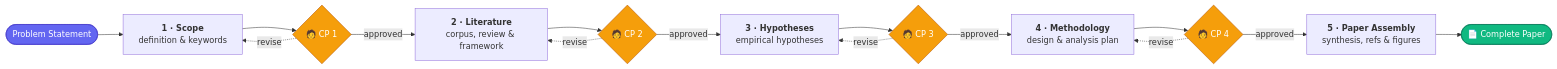
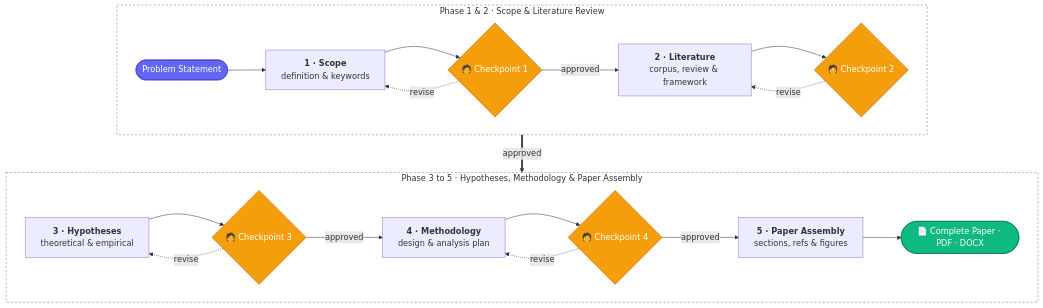
The third of 4 diagrams in README.md (Aryan-Pardeshi/DeepResearch_AI), drawn with Mermaid before and after one commit.

Commit message:
docs: restructure Research Mode diagram into a balanced 2-layer layout

````diff
--- a/README.md
+++ b/README.md
@@ -110,24 +110,34 @@
 ```mermaid
-flowchart LR
-    START(["Problem Statement"]) --> SCOPE["<b>1 · Scope</b><br/>definition & keywords"]
-    SCOPE --> CP1{"🧑 CP 1"}
-    CP1 -.->|"revise"| SCOPE
-    CP1 -->|"approved"| CORPUS["<b>2 · Literature</b><br/>corpus, review & framework"]
-    CORPUS --> CP2{"🧑 CP 2"}
-    CP2 -.->|"revise"| CORPUS
-    CP2 -->|"approved"| HYP["<b>3 · Hypotheses</b><br/>empirical hypotheses"]
-    HYP --> CP3{"🧑 CP 3"}
-    CP3 -.->|"revise"| HYP
-    CP3 -->|"approved"| METH["<b>4 · Methodology</b><br/>design & analysis plan"]
-    METH --> CP4{"🧑 CP 4"}
-    CP4 -.->|"revise"| METH
-    CP4 -->|"approved"| WRITE["<b>5 · Paper Assembly</b><br/>synthesis, refs & figures"]
-    WRITE --> DONE(["📄 Complete Paper"])
+flowchart TB
+    subgraph L1 ["Phase 1 & 2 · Scope & Literature Review"]
+        direction LR
+        START(["Problem Statement"]) --> SCOPE["<b>1 · Scope</b><br/>definition & keywords"]
+        SCOPE --> CP1{"🧑 Checkpoint 1"}
+        CP1 -.->|"revise"| SCOPE
+        CP1 -->|"approved"| CORPUS["<b>2 · Literature</b><br/>corpus, review & framework"]
+        CORPUS --> CP2{"🧑 Checkpoint 2"}
+        CP2 -.->|"revise"| CORPUS
+    end
+
+    subgraph L2 ["Phase 3 to 5 · Hypotheses, Methodology & Paper Assembly"]
+        direction LR
+        HYP["<b>3 · Hypotheses</b><br/>theoretical & empirical"] --> CP3{"🧑 Checkpoint 3"}
+        CP3 -.->|"revise"| HYP
+        CP3 -->|"approved"| METH["<b>4 · Methodology</b><br/>design & analysis plan"]
+        METH --> CP4{"🧑 Checkpoint 4"}
+        CP4 -.->|"revise"| METH
+        CP4 -->|"approved"| WRITE["<b>5 · Paper Assembly</b><br/>sections, refs & figures"]
+        WRITE --> DONE(["📄 Complete Paper · PDF · DOCX"])
+    end
+
+    CP2 ==>|"approved"| HYP
 
     style START fill:#6366f1,stroke:#4338ca,color:#fff
     style CP1 fill:#f59e0b,stroke:#b45309,color:#fff
     style CP2 fill:#f59e0b,stroke:#b45309,color:#fff
     style CP3 fill:#f59e0b,stroke:#b45309,color:#fff
     style CP4 fill:#f59e0b,stroke:#b45309,color:#fff
     style DONE fill:#10b981,stroke:#047857,color:#fff
+    style L1 fill:none,stroke:#64748b,stroke-width:1px,stroke-dasharray: 4 4
+    style L2 fill:none,stroke:#64748b,stroke-width:1px,stroke-dasharray: 4 4
 ```
````
